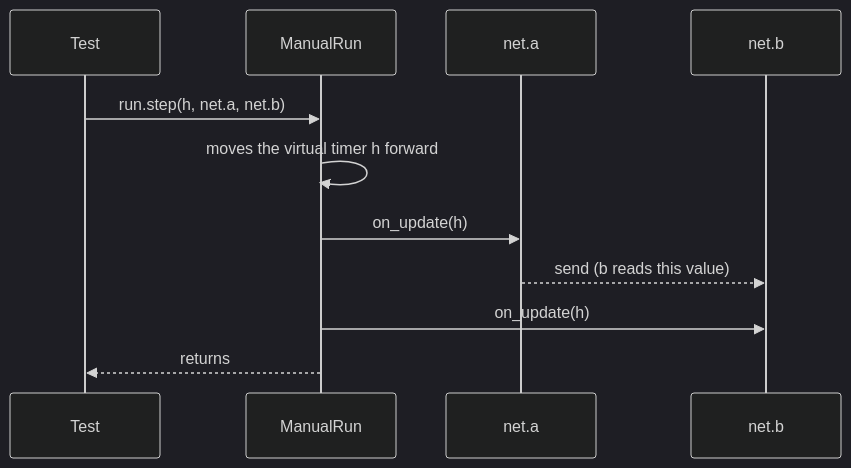
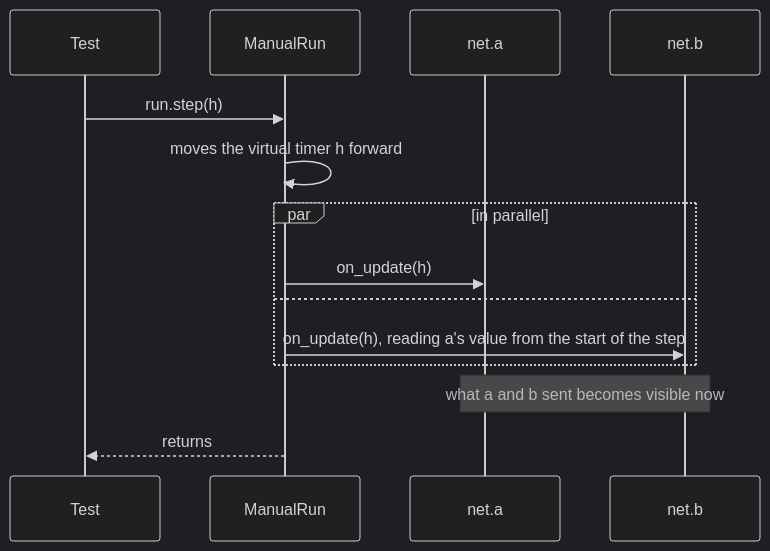
One commit to Geson-anko/mujou changed the tenth of 12 diagrams in docs/en/concepts.md. Above: the diagram before and after it, drawn with Mermaid (dark theme). The commit also changed other lines of this file and 15 other files, not shown here.

````diff
--- a/docs/en/concepts.md
+++ b/docs/en/concepts.md
@@ -413,13 +413,16 @@
 ```mermaid
 sequenceDiagram
     participant T as Test
     participant R as ManualRun
     participant A as net.a
     participant B as net.b
-    T->>R: run.step(h, net.a, net.b)
+    T->>R: run.step(h)
     R->>R: moves the virtual timer h forward
-    R->>A: on_update(h)
-    A-->>B: send (b reads this value)
-    R->>B: on_update(h)
+    par in parallel
+        R->>A: on_update(h)
+    and
+        R->>B: on_update(h), reading a's value from the start of the step
+    end
+    Note over A,B: what a and b sent becomes visible now
     R-->>T: returns
 ```
````
